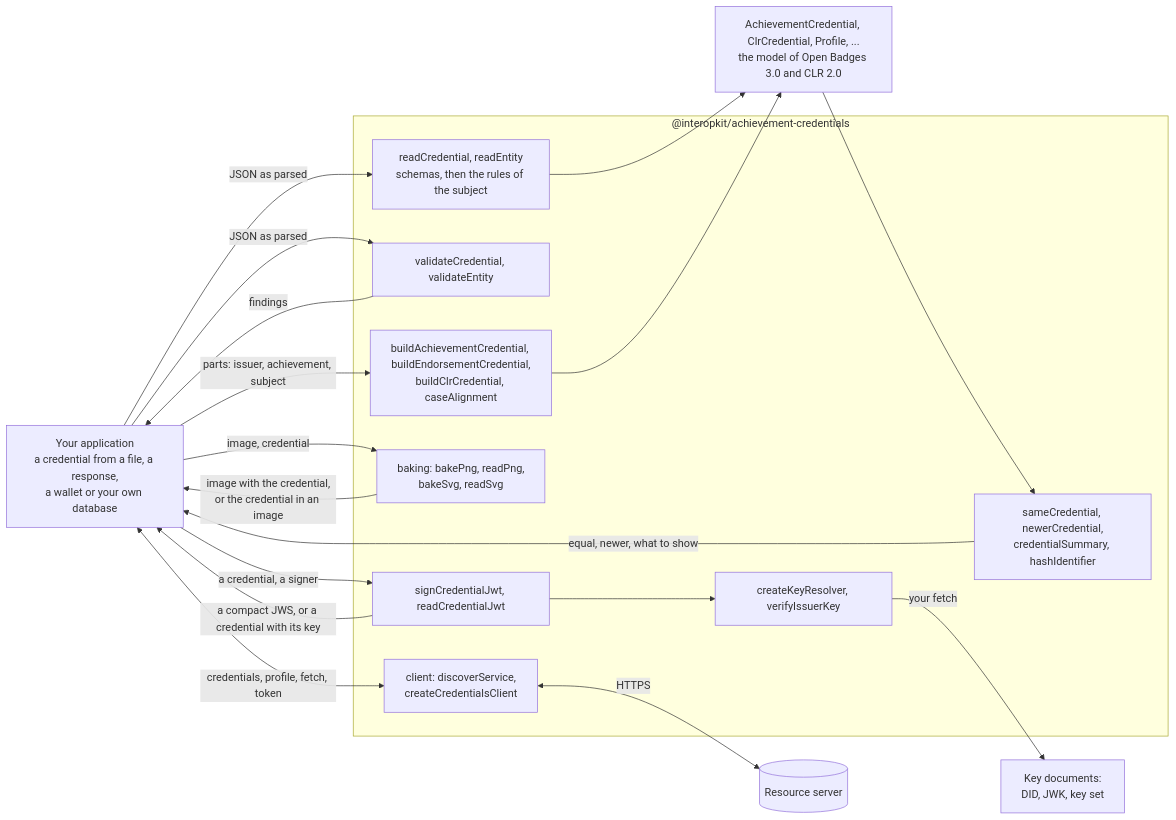
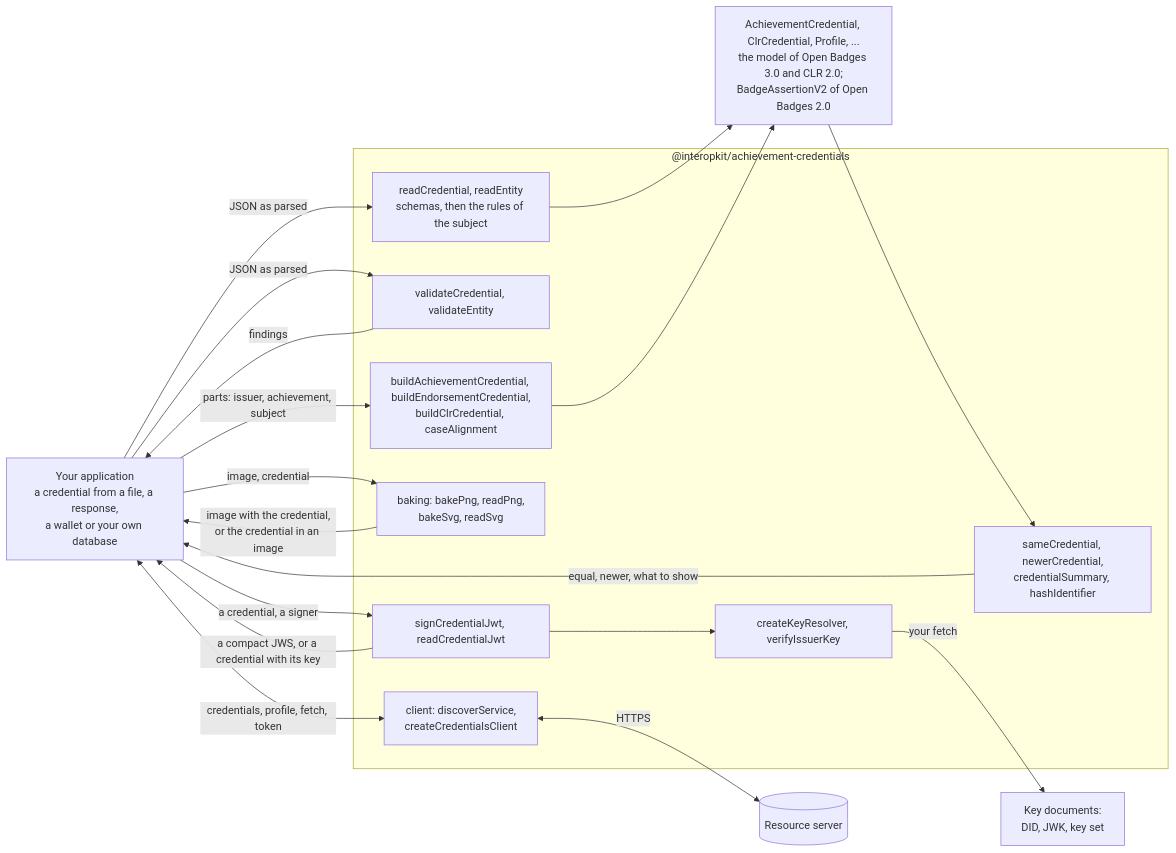
The diagram in packages/achievement-credentials/README.md (interopkit/interopkit), drawn with Mermaid before and after one commit. The commit also changed other lines of this file and 52 other files, not shown here.

````diff
--- a/packages/achievement-credentials/README.md
+++ b/packages/achievement-credentials/README.md
@@ -12,31 +13,31 @@
 ```mermaid
 flowchart LR
   host["Your application<br/>a credential from a file, a response,<br/>a wallet or your own database"]
   subgraph pkg["@interopkit/achievement-credentials"]
     read["readCredential, readEntity<br/>schemas, then the rules of the subject"]
     validate["validateCredential, validateEntity"]
     build["buildAchievementCredential, buildEndorsementCredential,<br/>buildClrCredential, caseAlignment"]
     compare["sameCredential, newerCredential,<br/>credentialSummary, hashIdentifier"]
     baking["baking: bakePng, readPng,<br/>bakeSvg, readSvg"]
     client["client: discoverService,<br/>createCredentialsClient"]
     jwt["signCredentialJwt, readCredentialJwt"]
     keys["createKeyResolver, verifyIssuerKey"]
   end
-  model["AchievementCredential, ClrCredential, Profile, ...<br/>the model of Open Badges 3.0 and CLR 2.0"]
+  model["AchievementCredential, ClrCredential, Profile, ...<br/>the model of Open Badges 3.0 and CLR 2.0;<br/>BadgeAssertionV2 of Open Badges 2.0"]
   host -->|"JSON as parsed"| read
   read --> model
   host -->|"JSON as parsed"| validate
   validate -->|"findings"| host
   host -->|"parts: issuer, achievement, subject"| build
   build --> model
   model --> compare
   compare -->|"equal, newer, what to show"| host
   host -->|"image, credential"| baking
   baking -->|"image with the credential,<br/>or the credential in an image"| host
   host <-->|"credentials, profile, fetch, token"| client
   client <-->|"HTTPS"| server[("Resource server")]
   host -->|"a credential, a signer"| jwt
   jwt -->|"a compact JWS, or a credential with its key"| host
   jwt --> keys
   keys -->|"your fetch"| docs["Key documents:<br/>DID, JWK, key set"]
 ```
````
